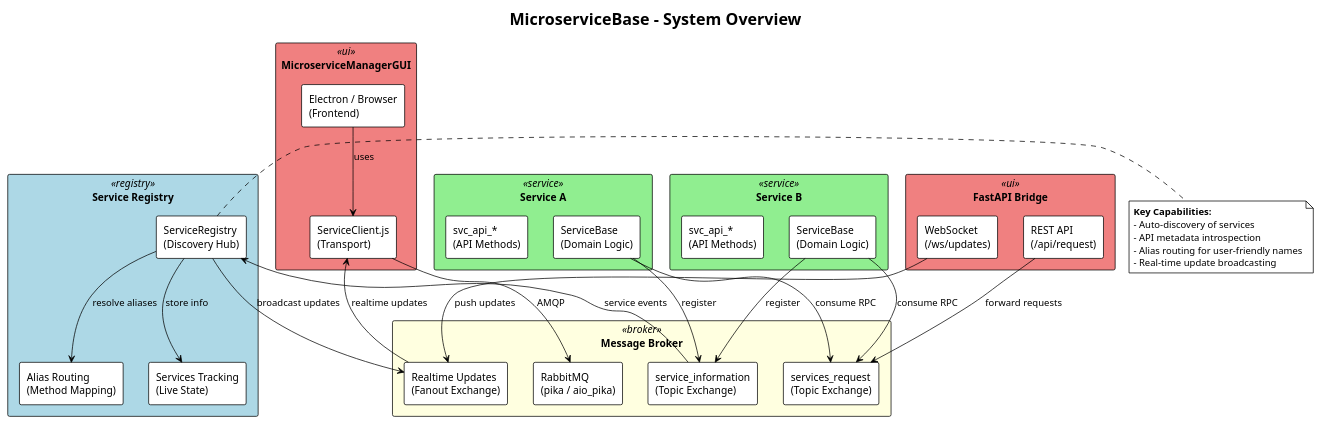
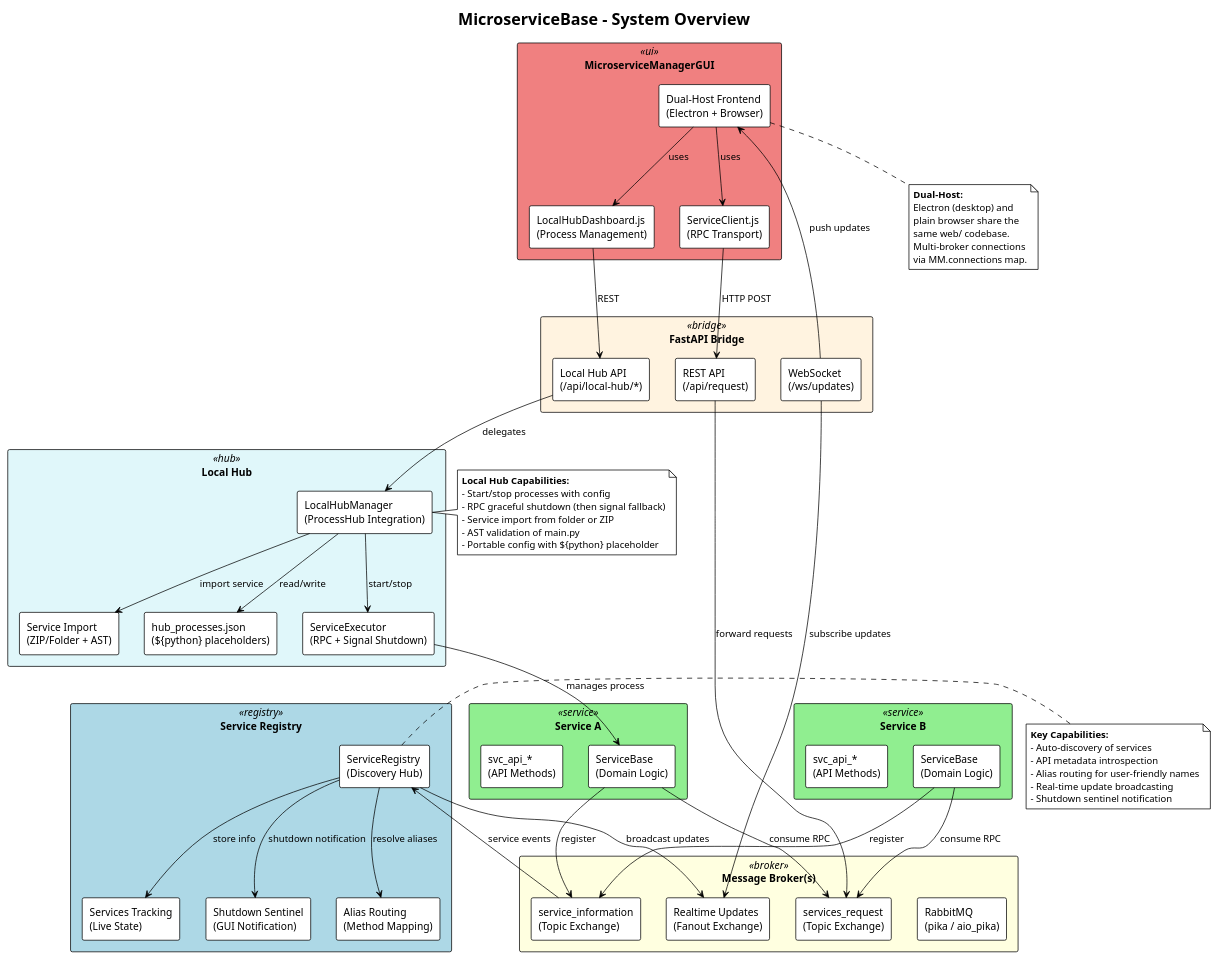
The diagram in docs/diagrams/overview.puml (test-fullautomation/python-microservice-base), drawn with PlantUML before and after one commit. The commit also changed 35 other files, not shown here.

```diff
--- a/docs/diagrams/overview.puml
+++ b/docs/diagrams/overview.puml
@@ -1,76 +1,117 @@
 @startuml overview
 !theme plain
 title MicroserviceBase - System Overview
 
 skinparam rectangle {
     BackgroundColor<<registry>> LightBlue
     BackgroundColor<<service>> LightGreen
     BackgroundColor<<broker>> LightYellow
     BackgroundColor<<ui>> LightCoral
+    BackgroundColor<<hub>> #e0f7fa
+    BackgroundColor<<bridge>> #fff3e0
 }
 
 rectangle "Service Registry" <<registry>> {
     rectangle "ServiceRegistry\n(Discovery Hub)" as registry_core
     rectangle "Alias Routing\n(Method Mapping)" as alias
     rectangle "Services Tracking\n(Live State)" as tracking
+    rectangle "Shutdown Sentinel\n(GUI Notification)" as sentinel
 }
 
-rectangle "Message Broker" <<broker>> {
+rectangle "Message Broker(s)" <<broker>> {
     rectangle "RabbitMQ\n(pika / aio_pika)" as rabbitmq
     rectangle "service_information\n(Topic Exchange)" as info_exchange
     rectangle "services_request\n(Topic Exchange)" as req_exchange
     rectangle "Realtime Updates\n(Fanout Exchange)" as update_exchange
 }
 
 rectangle "Service A" <<service>> {
     rectangle "ServiceBase\n(Domain Logic)" as svc_a
     rectangle "svc_api_*\n(API Methods)" as api_a
 }
 
 rectangle "Service B" <<service>> {
     rectangle "ServiceBase\n(Domain Logic)" as svc_b
     rectangle "svc_api_*\n(API Methods)" as api_b
 }
 
-rectangle "MicroserviceManagerGUI" <<ui>> {
-    rectangle "Electron / Browser\n(Frontend)" as gui_frontend
-    rectangle "ServiceClient.js\n(Transport)" as gui_client
+rectangle "FastAPI Bridge" <<bridge>> {
+    rectangle "REST API\n(/api/request)" as rest_api
+    rectangle "WebSocket\n(/ws/updates)" as ws_api
+    rectangle "Local Hub API\n(/api/local-hub/*)" as hub_api
 }
 
-rectangle "FastAPI Bridge" <<ui>> {
-    rectangle "REST API\n(/api/request)" as rest_api
-    rectangle "WebSocket\n(/ws/updates)" as ws_api
+rectangle "Local Hub" <<hub>> {
+    rectangle "LocalHubManager\n(ProcessHub Integration)" as hub_mgr
+    rectangle "ServiceExecutor\n(RPC + Signal Shutdown)" as executor
+    rectangle "Service Import\n(ZIP/Folder + AST)" as importer
+    rectangle "hub_processes.json\n(${python} placeholders)" as hub_config
+}
+
+rectangle "MicroserviceManagerGUI" <<ui>> {
+    rectangle "Dual-Host Frontend\n(Electron + Browser)" as gui_frontend
+    rectangle "ServiceClient.js\n(RPC Transport)" as gui_client
+    rectangle "LocalHubDashboard.js\n(Process Management)" as gui_hub
 }
 
 ' Service registration
 svc_a --> info_exchange : register
 svc_b --> info_exchange : register
 info_exchange --> registry_core : service events
 
 ' Service consumption
 svc_a --> req_exchange : consume RPC
 svc_b --> req_exchange : consume RPC
 
 ' Registry tracking
 registry_core --> tracking : store info
 registry_core --> alias : resolve aliases
 registry_core --> update_exchange : broadcast updates
+registry_core --> sentinel : shutdown notification
 
-' GUI connections
-gui_client --> rabbitmq : AMQP
+' GUI connections (via FastAPI Bridge)
+gui_client --> rest_api : HTTP POST
+gui_hub --> hub_api : REST
 gui_frontend --> gui_client : uses
-update_exchange --> gui_client : realtime updates
+gui_frontend --> gui_hub : uses
+ws_api --> gui_frontend : push updates
 
-' FastAPI bridge
+' FastAPI bridge to broker
 rest_api --> req_exchange : forward requests
-ws_api --> update_exchange : push updates
+ws_api --> update_exchange : subscribe updates
+
+' Local Hub
+hub_api --> hub_mgr : delegates
+hub_mgr --> executor : start/stop
+hub_mgr --> importer : import service
+hub_mgr --> hub_config : read/write
+executor --> svc_a : manages process
 
 note right of registry_core
   **Key Capabilities:**
   - Auto-discovery of services
   - API metadata introspection
   - Alias routing for user-friendly names
   - Real-time update broadcasting
+  - Shutdown sentinel notification
+end note
+
+note right of hub_mgr
+  **Local Hub Capabilities:**
+  - Start/stop processes with config
+  - RPC graceful shutdown (then signal fallback)
+  - Service import from folder or ZIP
+  - AST validation of main.py
+  - Portable config with ${python} placeholder
+end note
+
+note bottom of gui_frontend
+  **Dual-Host:**
+  Electron (desktop) and
+  plain browser share the
+  same web/ codebase.
+  Multi-broker connections
+  via MM.connections map.
 end note
 
 @enduml
```
